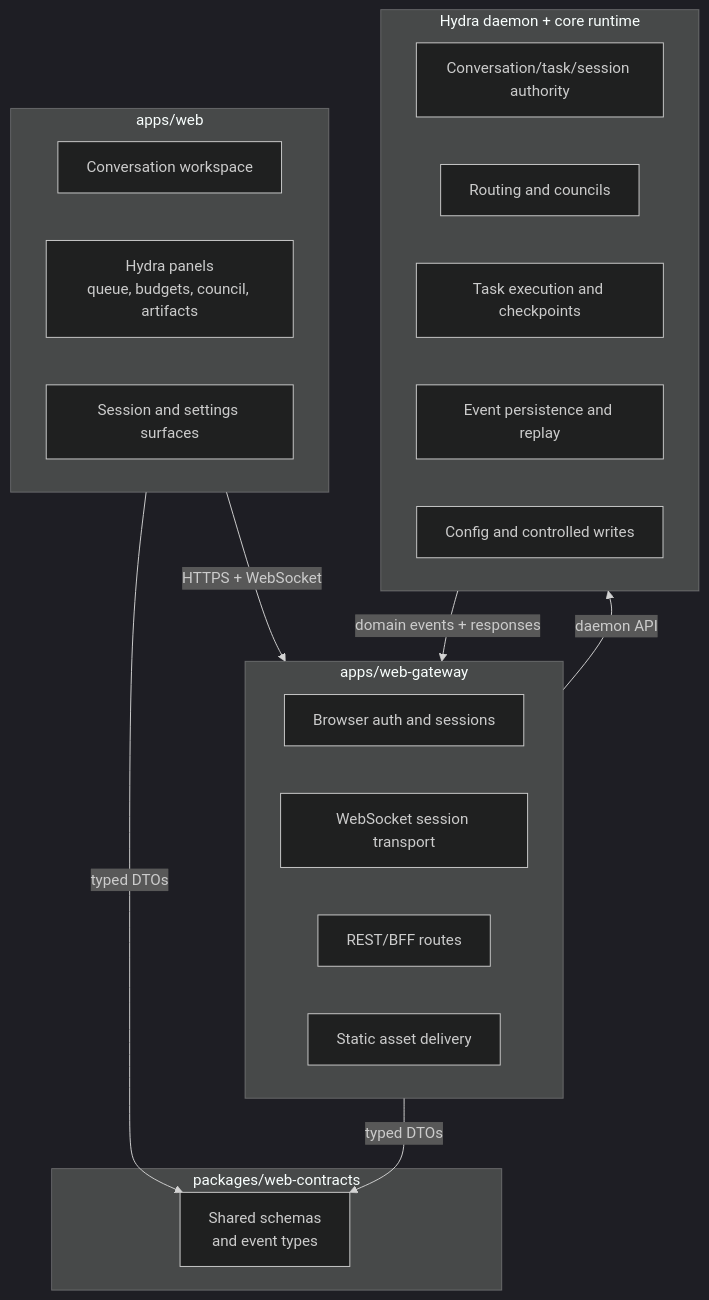
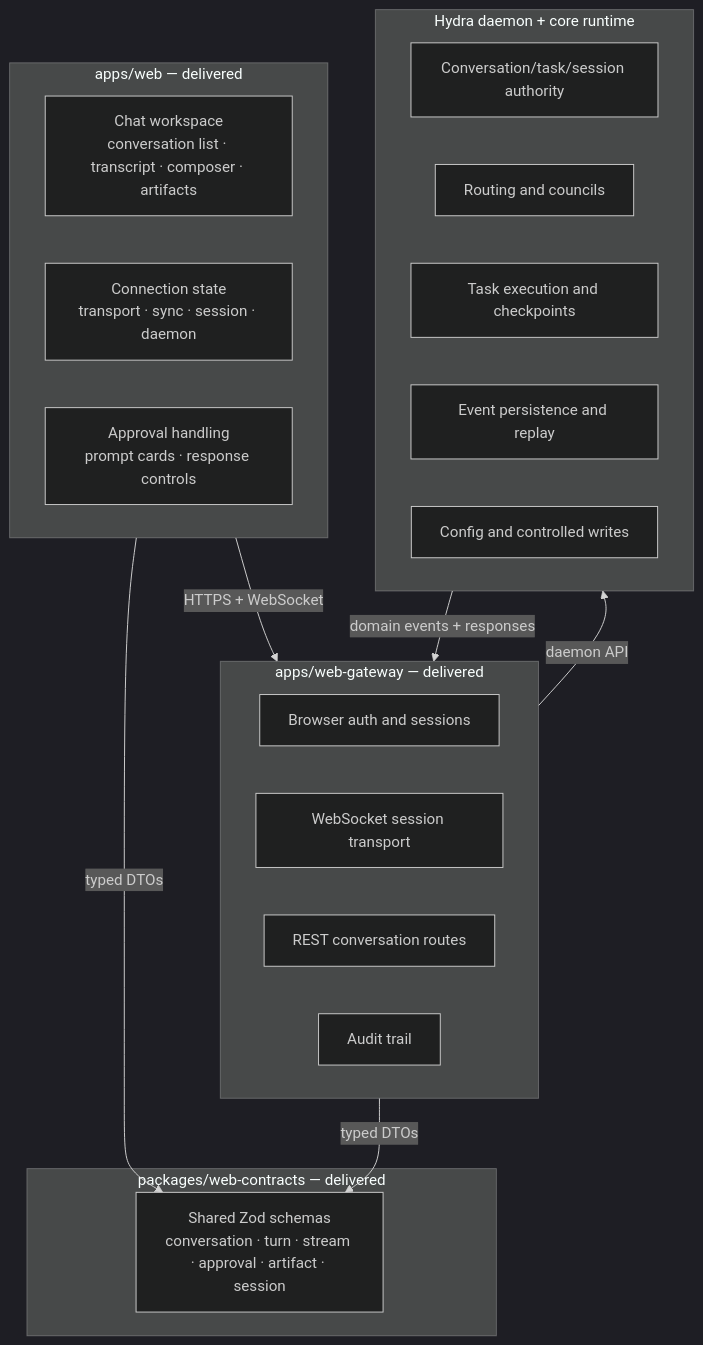
One commit to mikecubed/Hydra changed the first of 2 diagrams in docs/web-interface/03-architecture.md. Above: the diagram before and after it, drawn with Mermaid (dark theme). The commit also changed other lines of this file and 3 other files, not shown here.

Commit message:
docs(web): complete chat workspace phase 8 (#185)

````diff
--- a/docs/web-interface/03-architecture.md
+++ b/docs/web-interface/03-architecture.md
@@ -5,33 +9,33 @@
 ```mermaid
 flowchart TB
-    subgraph Browser[apps/web]
-        Workspace[Conversation workspace]
-        Panels[Hydra panels\nqueue, budgets, council, artifacts]
-        Settings[Session and settings surfaces]
+    subgraph Browser[apps/web — delivered]
+        Workspace[Chat workspace\nconversation list · transcript · composer · artifacts]
+        ConnState[Connection state\ntransport · sync · session · daemon]
+        Approvals[Approval handling\nprompt cards · response controls]
     end
 
-    subgraph Gateway[apps/web-gateway]
+    subgraph Gateway[apps/web-gateway — delivered]
         Auth[Browser auth and sessions]
         Socket[WebSocket session transport]
-        Api[REST/BFF routes]
-        Static[Static asset delivery]
+        Api[REST conversation routes]
+        Audit[Audit trail]
     end
 
-    subgraph Contracts[packages/web-contracts]
-        Schemas[Shared schemas\nand event types]
+    subgraph Contracts[packages/web-contracts — delivered]
+        Schemas[Shared Zod schemas\nconversation · turn · stream · approval · artifact · session]
     end
 
     subgraph Daemon[Hydra daemon + core runtime]
         Sessions[Conversation/task/session authority]
         Routing[Routing and councils]
         Tasks[Task execution and checkpoints]
         Events[Event persistence and replay]
         Config[Config and controlled writes]
     end
 
     Browser -->|HTTPS + WebSocket| Gateway
     Browser -->|typed DTOs| Schemas
     Gateway -->|typed DTOs| Schemas
     Gateway -->|daemon API| Daemon
     Daemon -->|domain events + responses| Gateway
 ```
````
